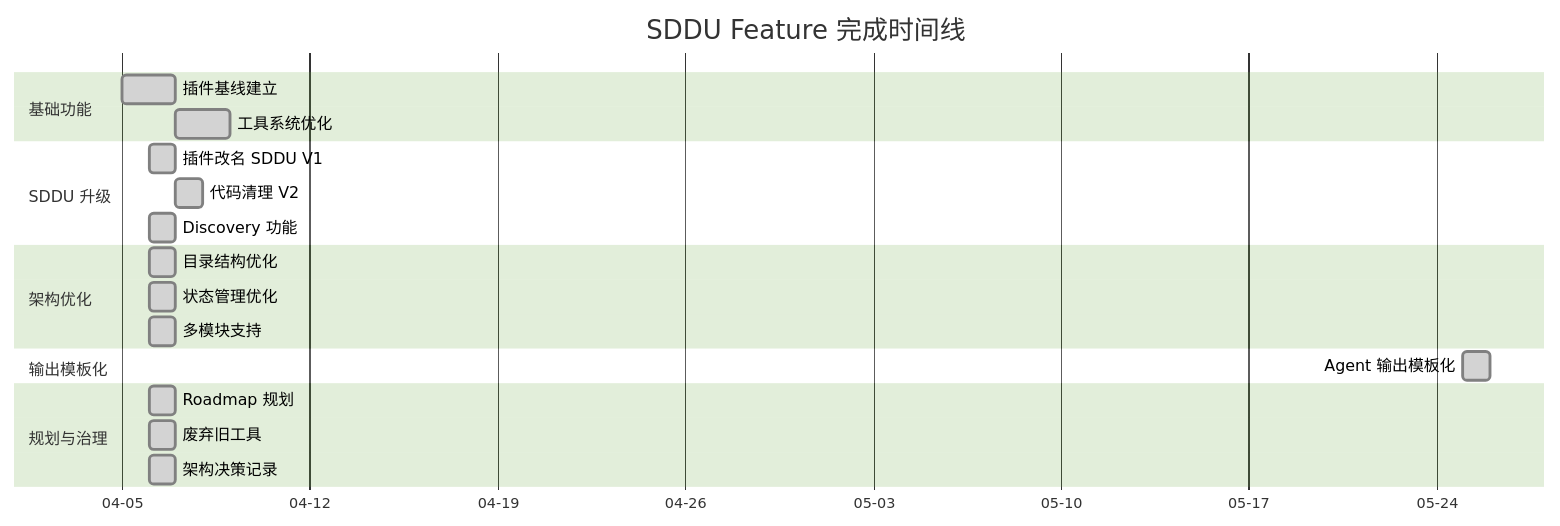
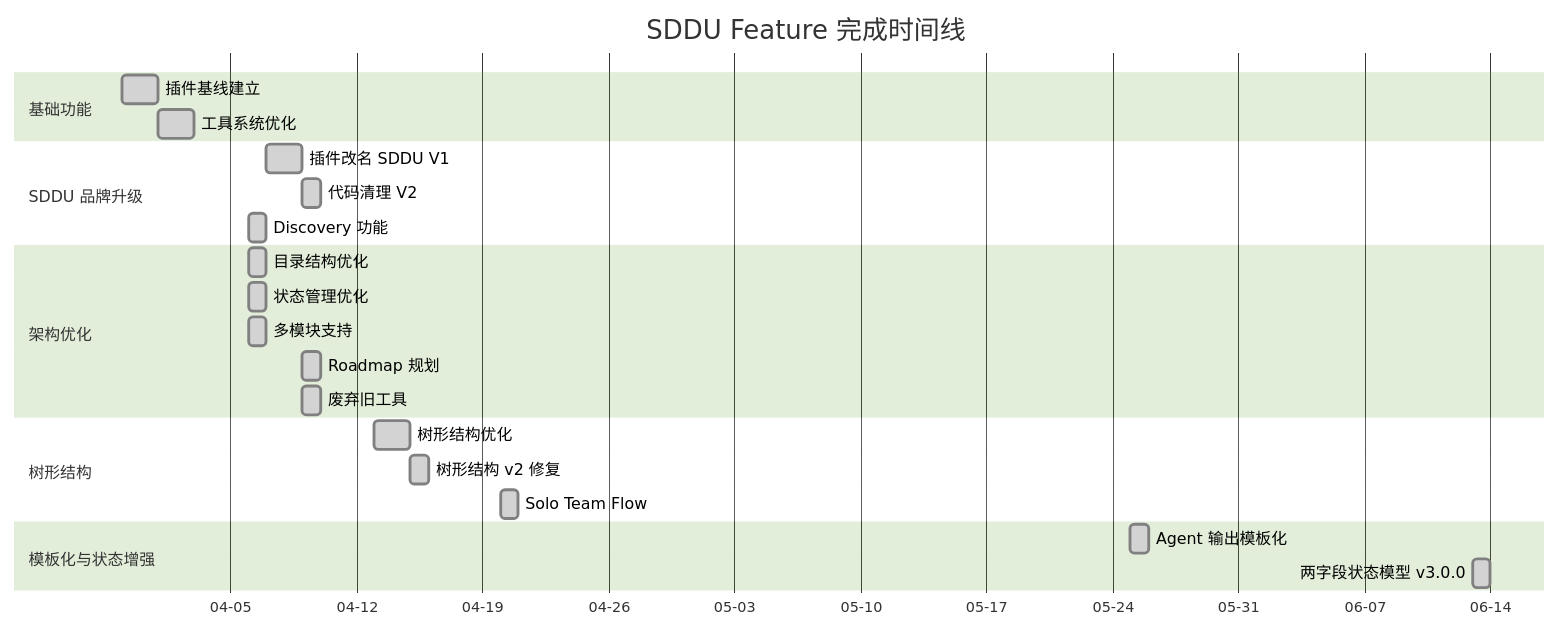
Before and after one commit to THZSummer/sddu: the fourth of 5 diagrams in README.md, drawn with Mermaid (forest theme). The commit also changed other lines of this file, not shown here.

````diff
--- a/README.md
+++ b/README.md
@@ -374,28 +385,31 @@
 ```mermaid
 gantt
     title SDDU Feature 完成时间线
     dateFormat  YYYY-MM-DD
     axisFormat  %m-%d
-    
+
     section 基础功能
-    插件基线建立          :done, baseline, 2026-04-05, 2d
+    插件基线建立          :done, baseline, 2026-03-30, 2d
     工具系统优化          :done, tools, after baseline, 2d
-    
-    section SDDU 升级
-    插件改名 SDDU V1      :done, rename_v1, 2026-04-06, 1d
+
+    section SDDU 品牌升级
+    插件改名 SDDU V1      :done, rename_v1, 2026-04-07, 2d
     代码清理 V2           :done, rename_v2, after rename_v1, 1d
     Discovery 功能        :done, discovery, 2026-04-06, 1d
-    
+
     section 架构优化
     目录结构优化          :done, dir_opt, 2026-04-06, 1d
     状态管理优化          :done, state_opt, 2026-04-06, 1d
     多模块支持            :done, multi_module, 2026-04-06, 1d
-    
-    section 输出模板化
+    Roadmap 规划          :done, roadmap, 2026-04-09, 1d
+    废弃旧工具            :done, deprecate, 2026-04-09, 1d
+
+    section 树形结构
+    树形结构优化          :done, tree_v1, 2026-04-13, 2d
+    树形结构 v2 修复      :done, tree_v2, 2026-04-15, 1d
+    Solo Team Flow       :done, solo, 2026-04-20, 1d
+
+    section 模板化与状态增强
     Agent 输出模板化      :done, template, 2026-05-25, 1d
-    
-    section 规划与治理
-    Roadmap 规划          :done, roadmap, 2026-04-06, 1d
-    废弃旧工具            :done, deprecate, 2026-04-06, 1d
-    架构决策记录          :done, adr, 2026-04-06, 1d
+    两字段状态模型 v3.0.0 :done, status, 2026-06-13, 1d
 ```
````
